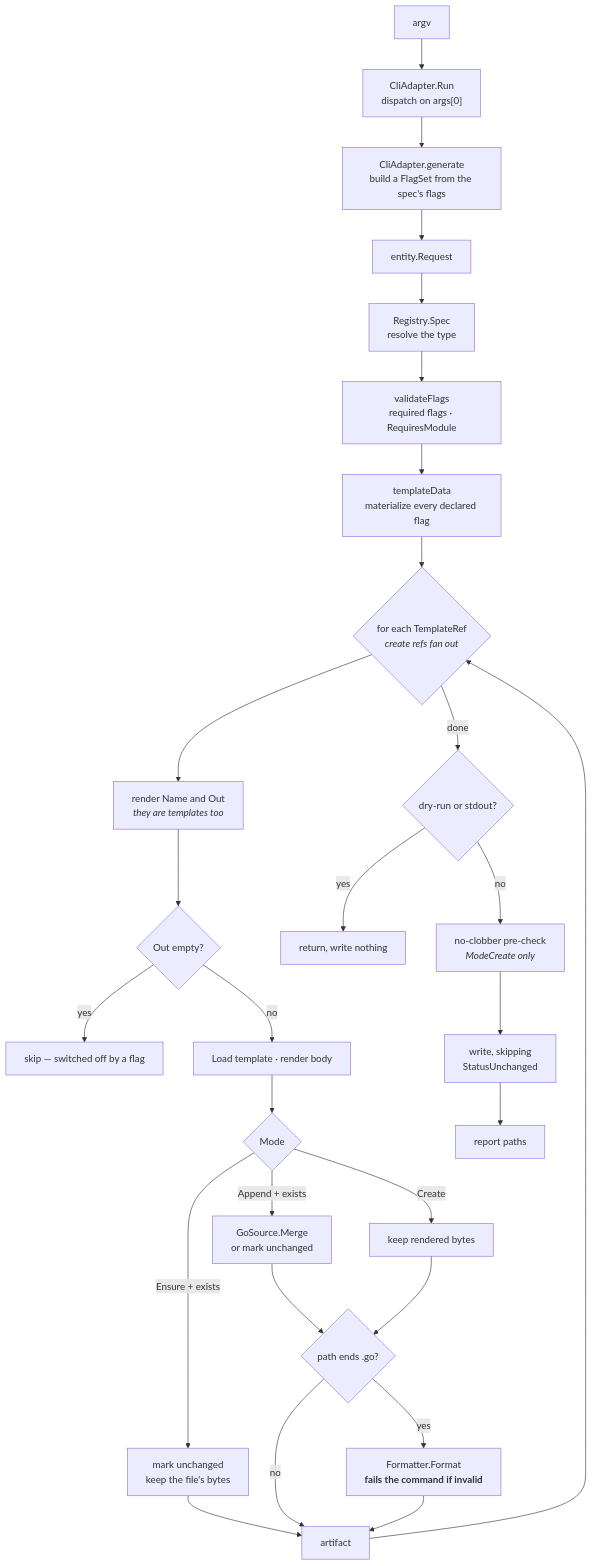
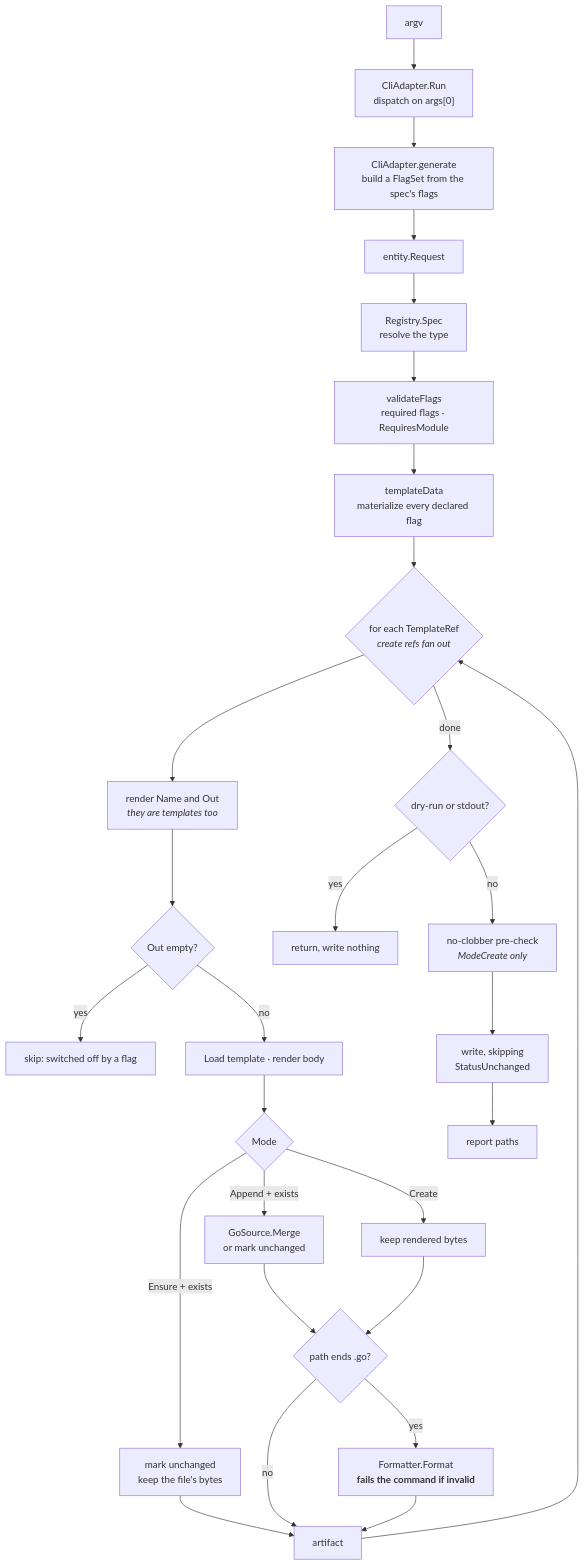
One commit to nxdir-s/gopher changed the diagram in docs/pipeline.md. Above: the diagram before and after it, drawn with Mermaid. The commit also changed other lines of this file and 9 other files, not shown here.

````diff
--- a/docs/pipeline.md
+++ b/docs/pipeline.md
@@ -7,32 +7,32 @@
 ```mermaid
 flowchart TD
     A["argv"] --> B["CliAdapter.Run<br/>dispatch on args[0]"]
     B --> C["CliAdapter.generate<br/>build a FlagSet from the spec's flags"]
     C --> D["entity.Request"]
     D --> E["Registry.Spec<br/>resolve the type"]
     E --> F["validateFlags<br/>required flags · RequiresModule"]
     F --> G["templateData<br/>materialize every declared flag"]
     G --> H{"for each TemplateRef<br/><i>create refs fan out</i>"}
 
     H --> I["render Name and Out<br/><i>they are templates too</i>"]
     I --> J{"Out empty?"}
-    J -->|yes| K["skip — switched off by a flag"]
+    J -->|yes| K["skip: switched off by a flag"]
     J -->|no| L["Load template · render body"]
     L --> M{"Mode"}
     M -->|Append + exists| N["GoSource.Merge<br/>or mark unchanged"]
     M -->|Ensure + exists| O["mark unchanged<br/>keep the file's bytes"]
     M -->|Create| P["keep rendered bytes"]
     N --> Q{"path ends .go?"}
     O --> R
     P --> Q
     Q -->|yes| S["Formatter.Format<br/><b>fails the command if invalid</b>"]
     Q -->|no| R["artifact"]
     S --> R
     R --> H
 
     H -->|done| T{"dry-run or stdout?"}
     T -->|yes| U["return, write nothing"]
     T -->|no| V["no-clobber pre-check<br/><i>ModeCreate only</i>"]
     V --> W["write, skipping<br/>StatusUnchanged"]
     W --> X["report paths"]
 ```
````
